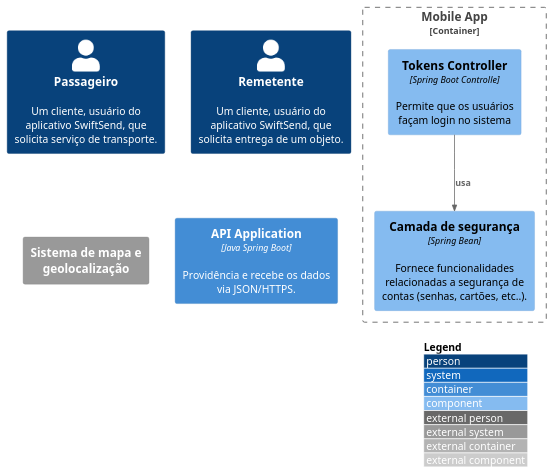
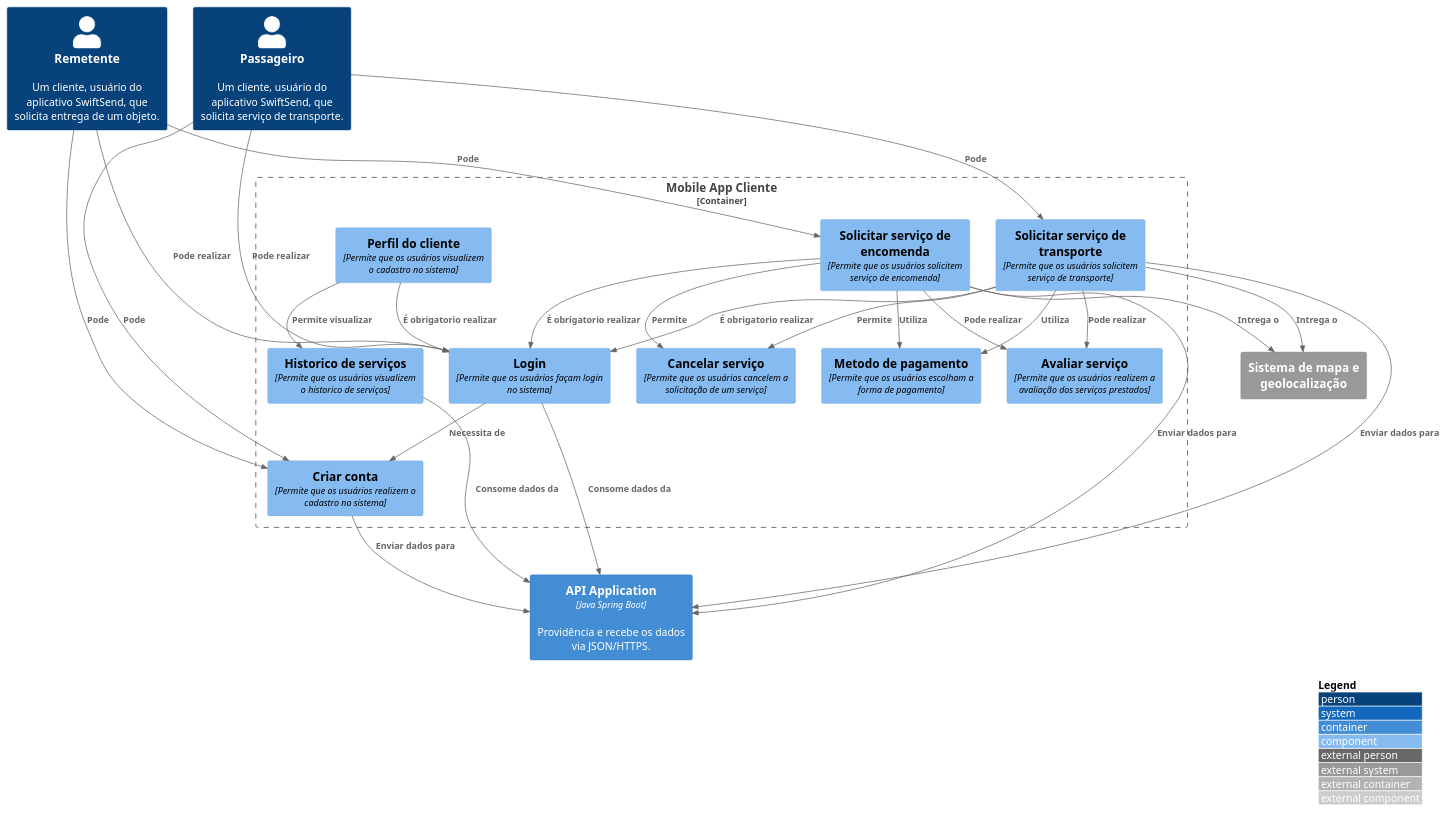
One commit to 43D/SwitfSend_C4Builder changed the diagram in src/SwiftSend/Mobile App Cliente/container.puml. Above: the diagram before and after it, drawn with PlantUML. The commit also changed 19 other files, not shown here.

Commit message:
Mobile App cliente & SPA

```diff
--- a/src/SwiftSend/Mobile App Cliente/container.puml
+++ b/src/SwiftSend/Mobile App Cliente/container.puml
@@ -1,19 +1,54 @@
 @startuml
 !include https://raw.githubusercontent.com/adrianvlupu/C4-PlantUML/latest/C4_Component.puml
 
 LAYOUT_WITH_LEGEND()
 
 Person(passageiro, "Passageiro", "Um cliente, usuário do aplicativo SwiftSend, que solicita serviço de transporte.")
 Person(remetente, "Remetente", "Um cliente, usuário do aplicativo SwiftSend, que solicita entrega de um objeto.")
 System_Ext(gps, "Sistema de mapa e geolocalização")
 Container(api, "API Application", "Java Spring Boot", "Providência e recebe os dados via JSON/HTTPS.")
 
-Container_Boundary(mobile, "Mobile App") {
-    Component(tokens, "Tokens Controller", "Spring Boot Controlle", "Permite que os usuários façam login no sistema")
-   
-    Component(security, "Camada de segurança", "Spring Bean", "Fornece funcionalidades relacionadas a segurança de contas (senhas, cartões, etc..).")
+Container_Boundary(mobile, "Mobile App Cliente") {
+    Component(criarConta, "Criar conta", "Permite que os usuários realizem o cadastro no sistema")
+    Component(login, "Login", "Permite que os usuários façam login no sistema")
+    Component(solicitarServicoEncomenda, "Solicitar serviço de encomenda", "Permite que os usuários solicitem serviço de encomenda")
+    Component(metodoPagamento, "Metodo de pagamento", "Permite que os usuários escolham a forma de pagamento")
+    Component(avaliacao, "Avaliar serviço", "Permite que os usuários realizem a avaliação dos serviços prestados")
+    Component(historicoServicos, "Historico de serviços", "Permite que os usuários visualizem o historico de serviços")
+    Component(cancelarServico, "Cancelar serviço", "Permite que os usuários cancelem a solicitação de um serviço")
+    Component(solicitarServicoTranporte, "Solicitar serviço de transporte", "Permite que os usuários solicitem serviço de transporte")
+    Component(perfilCliente, "Perfil do cliente", "Permite que os usuários visualizem o cadastro no sistema")
 
-    Rel(tokens, security, "usa")
+
+    Rel(login, criarConta, "Necessita de")
+    Rel(solicitarServicoEncomenda, login, "É obrigatorio realizar")
+    Rel(solicitarServicoTranporte, login,  "É obrigatorio realizar")
+    Rel(perfilCliente, login, "É obrigatorio realizar")
+
+    Rel(solicitarServicoEncomenda, metodoPagamento, "Utiliza")
+    Rel(solicitarServicoTranporte, metodoPagamento, "Utiliza")
+    Rel(solicitarServicoTranporte, avaliacao, "Pode realizar")
+    Rel(solicitarServicoEncomenda, avaliacao, "Pode realizar")
+    Rel(solicitarServicoEncomenda, cancelarServico, "Permite")
+    Rel(solicitarServicoTranporte, cancelarServico, "Permite")
+    Rel(perfilCliente, historicoServicos, "Permite visualizar")
+
 }
+Rel(passageiro, login, "Pode realizar")
+Rel(passageiro, criarConta, "Pode")
+Rel(passageiro, solicitarServicoTranporte, "Pode")
+
+Rel(remetente, solicitarServicoEncomenda, "Pode")
+Rel(remetente, login, "Pode realizar")
+Rel(remetente, criarConta, "Pode")
+
+Rel(login, api, "Consome dados da")
+Rel(criarConta, api, "Enviar dados para")
+Rel(historicoServicos, api, "Consome dados da")
+Rel(solicitarServicoEncomenda, api, "Enviar dados para")
+Rel(solicitarServicoTranporte, api, "Enviar dados para")
+
+Rel(solicitarServicoEncomenda, gps, "Intrega o")
+Rel(solicitarServicoTranporte, gps, "Intrega o")
 
 @enduml
```
